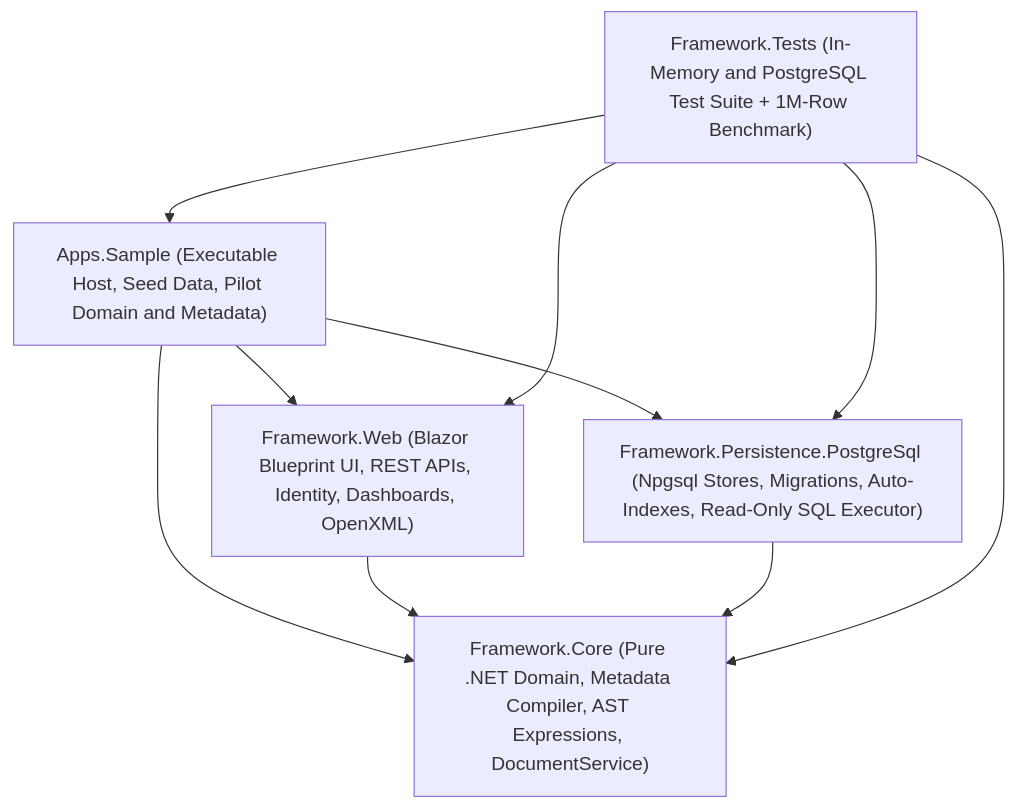
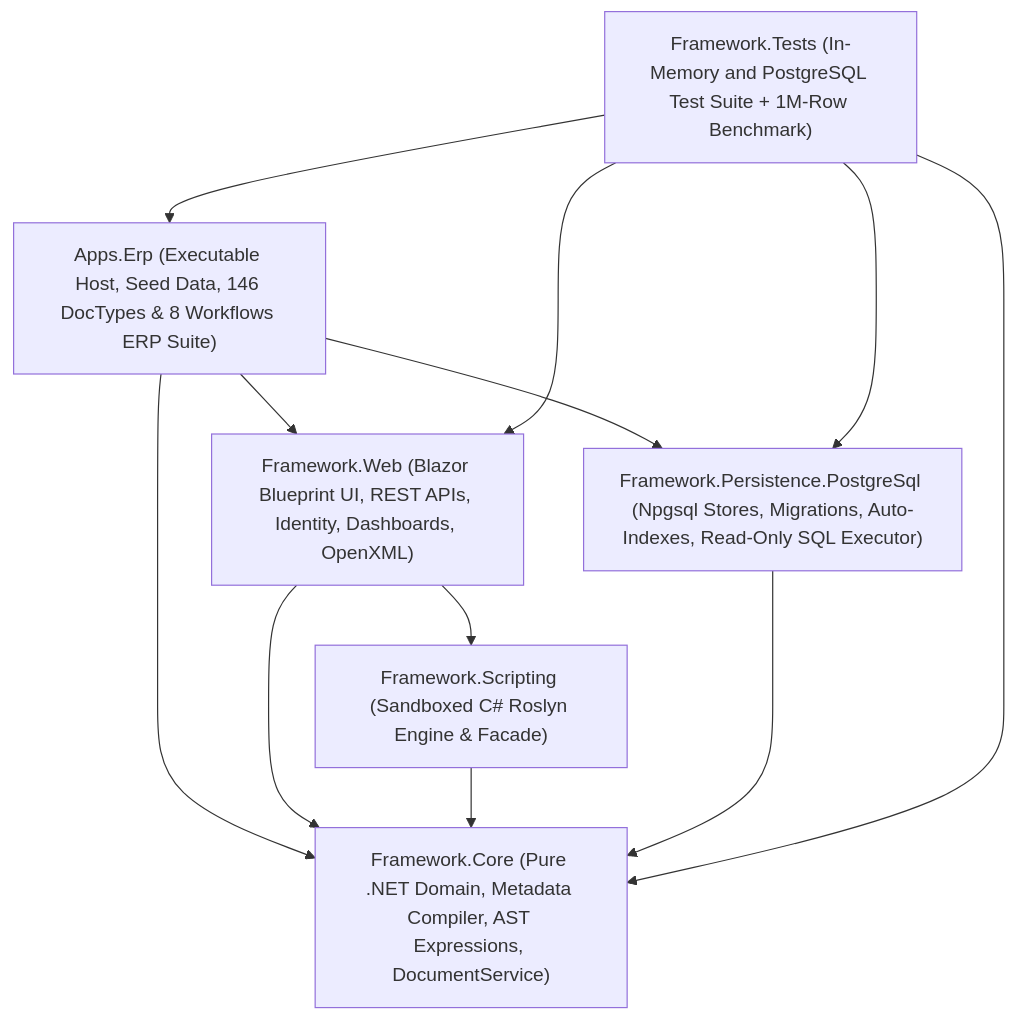
One commit to frogframework-admin/frogframe changed the second of 2 diagrams in docs/PROJECT_STRUCTURE.md. Above: the diagram before and after it, drawn with Mermaid. The commit also changed other lines of this file and 17 other files, not shown here.

````diff
--- a/docs/PROJECT_STRUCTURE.md
+++ b/docs/PROJECT_STRUCTURE.md
@@ -140,18 +140,21 @@
 ```mermaid
 graph TD
-    Sample["Apps.Sample (Executable Host, Seed Data, Pilot Domain and Metadata)"]
+    Erp["Apps.Erp (Executable Host, Seed Data, 146 DocTypes & 8 Workflows ERP Suite)"]
     Web["Framework.Web (Blazor Blueprint UI, REST APIs, Identity, Dashboards, OpenXML)"]
+    Script["Framework.Scripting (Sandboxed C# Roslyn Engine & Facade)"]
     Pg["Framework.Persistence.PostgreSql (Npgsql Stores, Migrations, Auto-Indexes, Read-Only SQL Executor)"]
     Core["Framework.Core (Pure .NET Domain, Metadata Compiler, AST Expressions, DocumentService)"]
     Tests["Framework.Tests (In-Memory and PostgreSQL Test Suite + 1M-Row Benchmark)"]
 
-    Sample --> Web
-    Sample --> Pg
-    Sample --> Core
+    Erp --> Web
+    Erp --> Pg
+    Erp --> Core
+    Web --> Script
     Web --> Core
+    Script --> Core
     Pg --> Core
-    Tests --> Sample
+    Tests --> Erp
     Tests --> Web
     Tests --> Pg
     Tests --> Core
 ```
````
